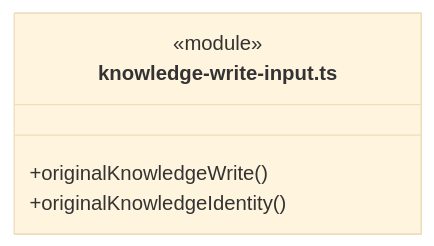
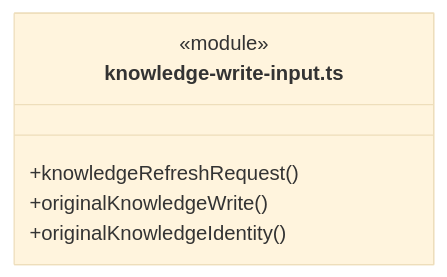
One commit to nan023062/cbim changed the third of 32 diagrams in src/backend/core/knowledge/ARCHITECTURE.md. Above: the diagram before and after it, drawn with Mermaid (base theme). The commit also changed other lines of this file and 36 other files, not shown here.

````diff
--- a/src/backend/core/knowledge/ARCHITECTURE.md
+++ b/src/backend/core/knowledge/ARCHITECTURE.md
@@ -73,8 +73,9 @@
 ```mermaid
 classDiagram
 class N_src_backend_core_knowledge_knowledge_write_input_ts["knowledge-write-input.ts"] {
   <<module>>
+  +knowledgeRefreshRequest()
   +originalKnowledgeWrite()
   +originalKnowledgeIdentity()
 }
 ```
````
